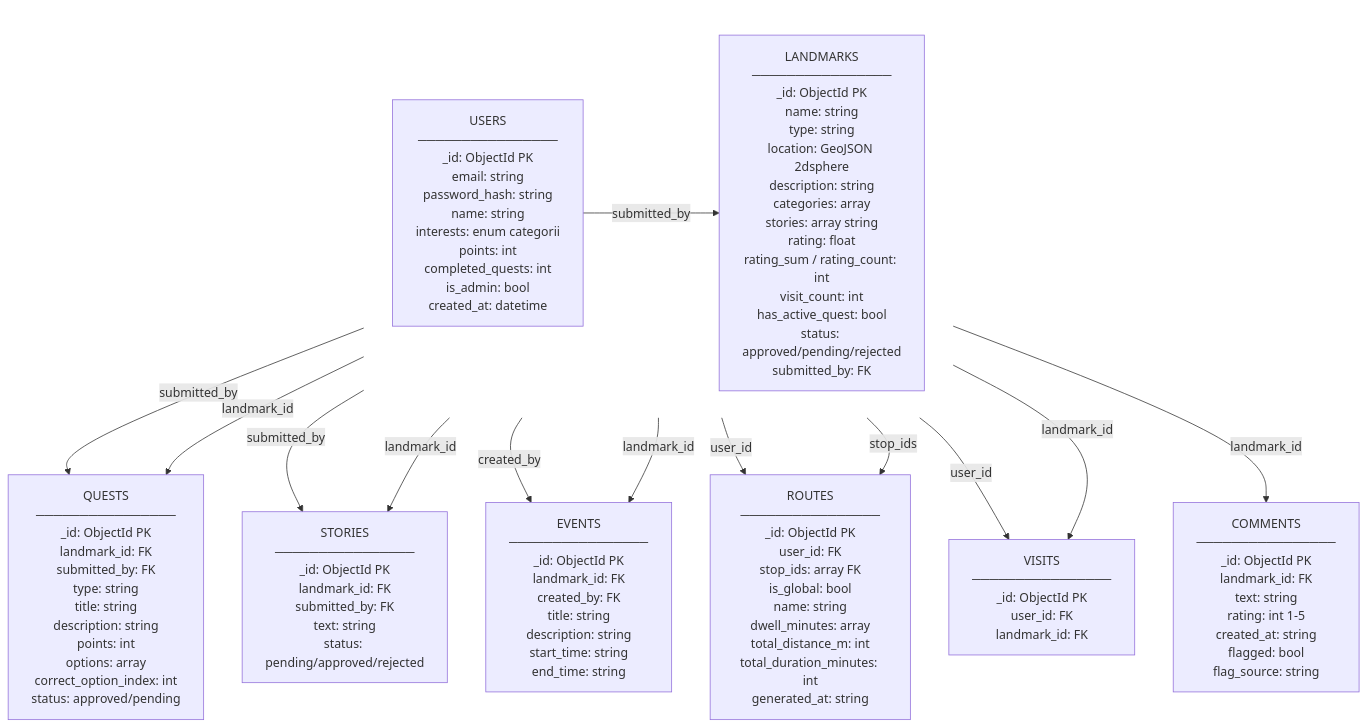
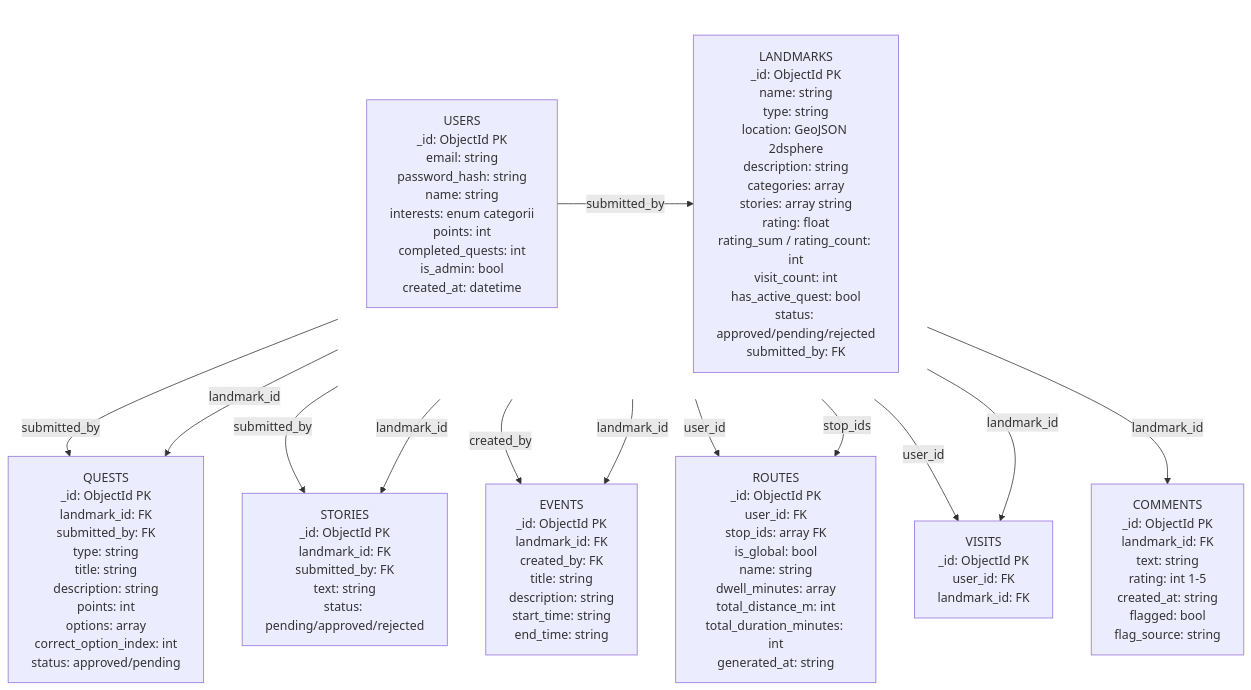
Before and after one commit to Cozma-Andrei/CultureQuest: the diagram in mmd/db.mmd, drawn with Mermaid. The commit also changed 7 other files, not shown here.

```diff
--- a/mmd/db.mmd
+++ b/mmd/db.mmd
@@ -1,33 +1,33 @@
 flowchart TB
     subgraph hub[" "]
         direction LR
-        USERS["USERS<br/>────────────────<br/>_id: ObjectId PK<br/>email: string<br/>password_hash: string<br/>name: string<br/>interests: enum categorii<br/>points: int<br/>completed_quests: int<br/>is_admin: bool<br/>created_at: datetime"]
-        LANDMARKS["LANDMARKS<br/>────────────────<br/>_id: ObjectId PK<br/>name: string<br/>type: string<br/>location: GeoJSON 2dsphere<br/>description: string<br/>categories: array<br/>stories: array string<br/>rating: float<br/>rating_sum / rating_count: int<br/>visit_count: int<br/>has_active_quest: bool<br/>status: approved/pending/rejected<br/>submitted_by: FK"]
+        USERS["USERS<br/>_id: ObjectId PK<br/>email: string<br/>password_hash: string<br/>name: string<br/>interests: enum categorii<br/>points: int<br/>completed_quests: int<br/>is_admin: bool<br/>created_at: datetime"]
+        LANDMARKS["LANDMARKS<br/>_id: ObjectId PK<br/>name: string<br/>type: string<br/>location: GeoJSON 2dsphere<br/>description: string<br/>categories: array<br/>stories: array string<br/>rating: float<br/>rating_sum / rating_count: int<br/>visit_count: int<br/>has_active_quest: bool<br/>status: approved/pending/rejected<br/>submitted_by: FK"]
     end
 
-    QUESTS["QUESTS<br/>────────────────<br/>_id: ObjectId PK<br/>landmark_id: FK<br/>submitted_by: FK<br/>type: string<br/>title: string<br/>description: string<br/>points: int<br/>options: array<br/>correct_option_index: int<br/>status: approved/pending"]
+    QUESTS["QUESTS<br/>_id: ObjectId PK<br/>landmark_id: FK<br/>submitted_by: FK<br/>type: string<br/>title: string<br/>description: string<br/>points: int<br/>options: array<br/>correct_option_index: int<br/>status: approved/pending"]
 
-    ROUTES["ROUTES<br/>────────────────<br/>_id: ObjectId PK<br/>user_id: FK<br/>stop_ids: array FK<br/>is_global: bool<br/>name: string<br/>dwell_minutes: array<br/>total_distance_m: int<br/>total_duration_minutes: int<br/>generated_at: string"]
+    ROUTES["ROUTES<br/>_id: ObjectId PK<br/>user_id: FK<br/>stop_ids: array FK<br/>is_global: bool<br/>name: string<br/>dwell_minutes: array<br/>total_distance_m: int<br/>total_duration_minutes: int<br/>generated_at: string"]
 
-    EVENTS["EVENTS<br/>────────────────<br/>_id: ObjectId PK<br/>landmark_id: FK<br/>created_by: FK<br/>title: string<br/>description: string<br/>start_time: string<br/>end_time: string"]
+    EVENTS["EVENTS<br/>_id: ObjectId PK<br/>landmark_id: FK<br/>created_by: FK<br/>title: string<br/>description: string<br/>start_time: string<br/>end_time: string"]
 
-    COMMENTS["COMMENTS<br/>────────────────<br/>_id: ObjectId PK<br/>landmark_id: FK<br/>text: string<br/>rating: int 1-5<br/>created_at: string<br/>flagged: bool<br/>flag_source: string"]
+    COMMENTS["COMMENTS<br/>_id: ObjectId PK<br/>landmark_id: FK<br/>text: string<br/>rating: int 1-5<br/>created_at: string<br/>flagged: bool<br/>flag_source: string"]
 
-    STORIES["STORIES<br/>────────────────<br/>_id: ObjectId PK<br/>landmark_id: FK<br/>submitted_by: FK<br/>text: string<br/>status: pending/approved/rejected"]
+    STORIES["STORIES<br/>_id: ObjectId PK<br/>landmark_id: FK<br/>submitted_by: FK<br/>text: string<br/>status: pending/approved/rejected"]
 
-    VISITS["VISITS<br/>────────────────<br/>_id: ObjectId PK<br/>user_id: FK<br/>landmark_id: FK"]
+    VISITS["VISITS<br/>_id: ObjectId PK<br/>user_id: FK<br/>landmark_id: FK"]
 
     USERS -->|submitted_by| LANDMARKS
     USERS -->|submitted_by| QUESTS
     USERS -->|submitted_by| STORIES
     USERS -->|created_by| EVENTS
     USERS -->|user_id| ROUTES
     USERS -->|user_id| VISITS
     LANDMARKS -->|landmark_id| QUESTS
     LANDMARKS -->|landmark_id| EVENTS
     LANDMARKS -->|landmark_id| COMMENTS
     LANDMARKS -->|landmark_id| STORIES
     LANDMARKS -->|landmark_id| VISITS
     LANDMARKS -->|stop_ids| ROUTES
 
     style hub fill:none,stroke:none
```
